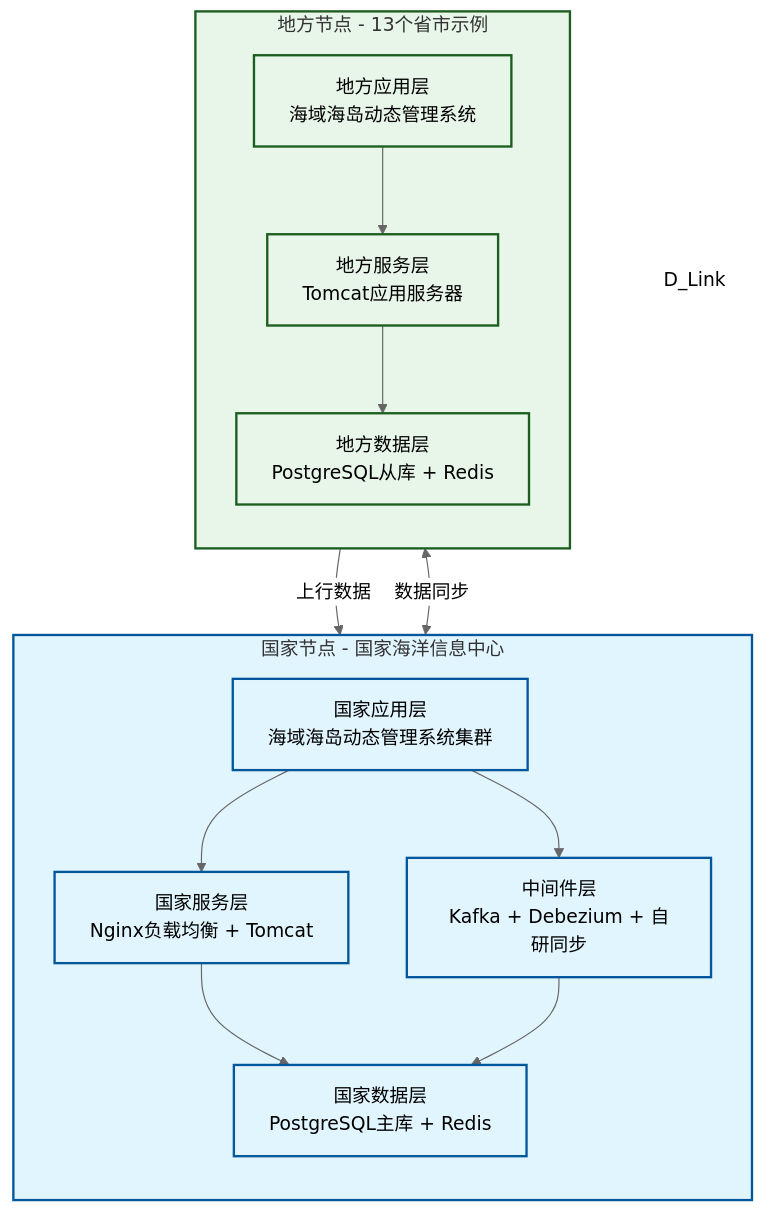
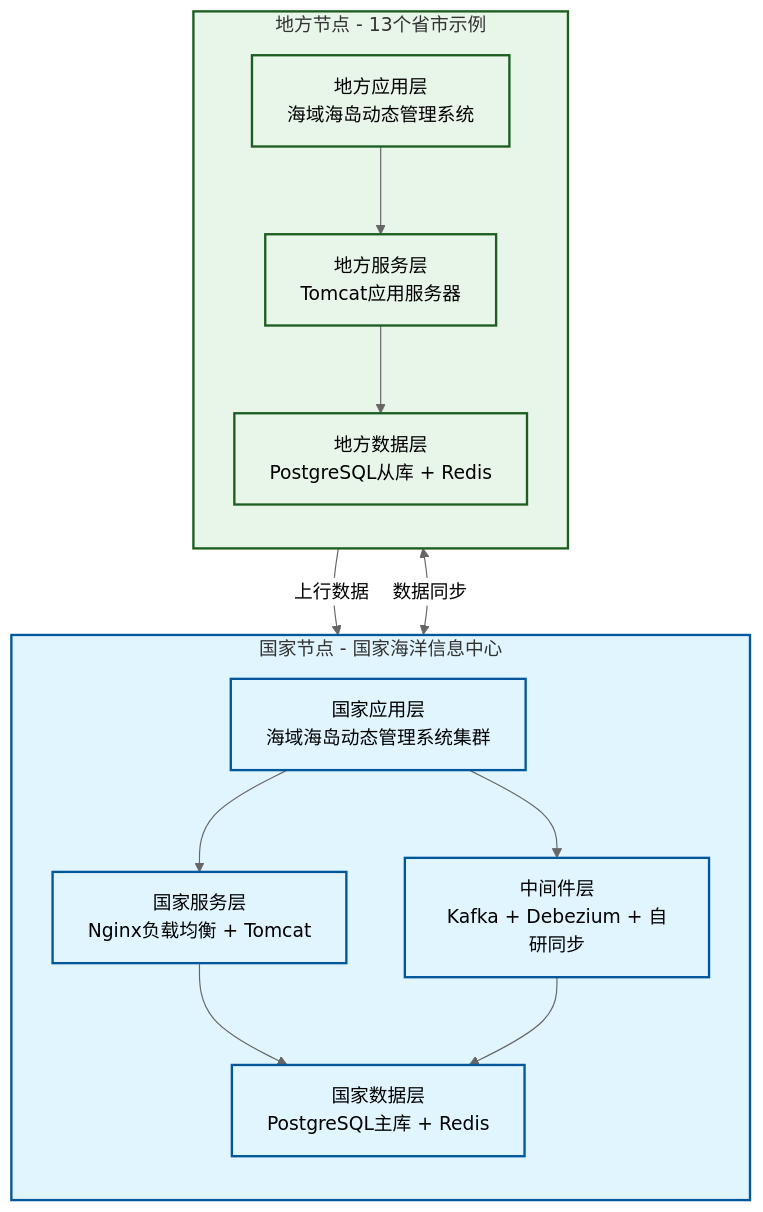
Before and after one commit to MyJohn2/iodraw-files: the diagram in all/未命名-1.md, drawn with Mermaid (neutral theme).

Commit message:
2026-03-03 15:05:50 update

````diff
--- a/all/未命名-1.md
+++ b/all/未命名-1.md
@@ -1,47 +1,46 @@
 ```mermaid
 flowchart TD
     %% 定义样式
     classDef nation fill:#e1f5fe,stroke:#01579b,stroke-width:2px;
     classDef network fill:#fff3e0,stroke:#e65100,stroke-width:2px,stroke-dasharray: 5 5;
     classDef local fill:#e8f5e9,stroke:#1b5e20,stroke-width:2px;
 
     subgraph NationNode [国家节点 - 国家海洋信息中心]
         direction TB
         A[国家应用层<br/>海域海岛动态管理系统集群]
         B[国家服务层<br/>Nginx负载均衡 + Tomcat]
         C[国家数据层<br/>PostgreSQL主库 + Redis]
         D[中间件层<br/>Kafka + Debezium + 自研同步]
         
         A --> B
         B --> C
         A --> D
         D --> C
     end
     
 
     
     subgraph LocalNode [地方节点 - 13个省市示例]
         direction TB
         F[地方应用层<br/>海域海岛动态管理系统]
         G[地方服务层<br/>Tomcat应用服务器]
         H[地方数据层<br/>PostgreSQL从库 + Redis]
         
         F --> G
         G --> H
     end
 
     %% 跨子图连接 (连接具体节点而非子图名称)
     D <-->|数据同步 | H
     H -->|上行数据 | D
 
     %% 应用样式
     class NationNode,A,B,C,D nation;
     class SecureNet,E network;
     class LocalNode,F,G,H local;
     
-    %% 隐藏用于逻辑连接的辅助节点样式
-    style D_Link fill:none,stroke:none;
+
 
 
 
 ```
````
